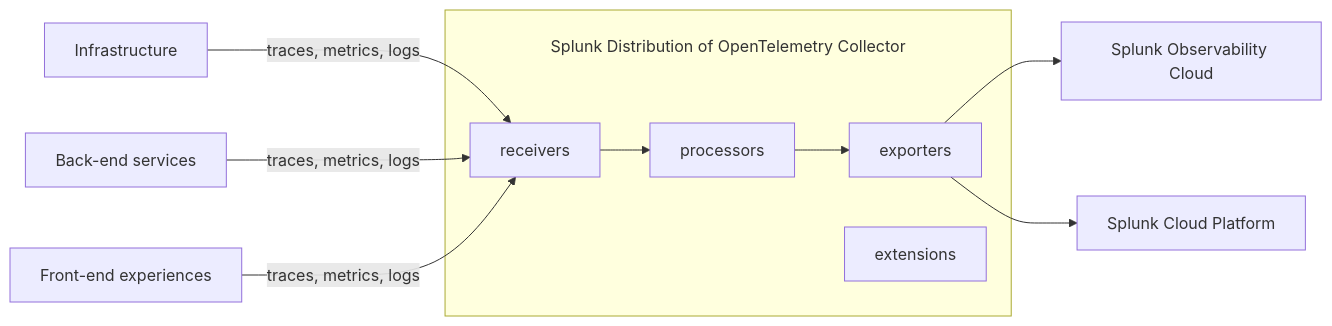
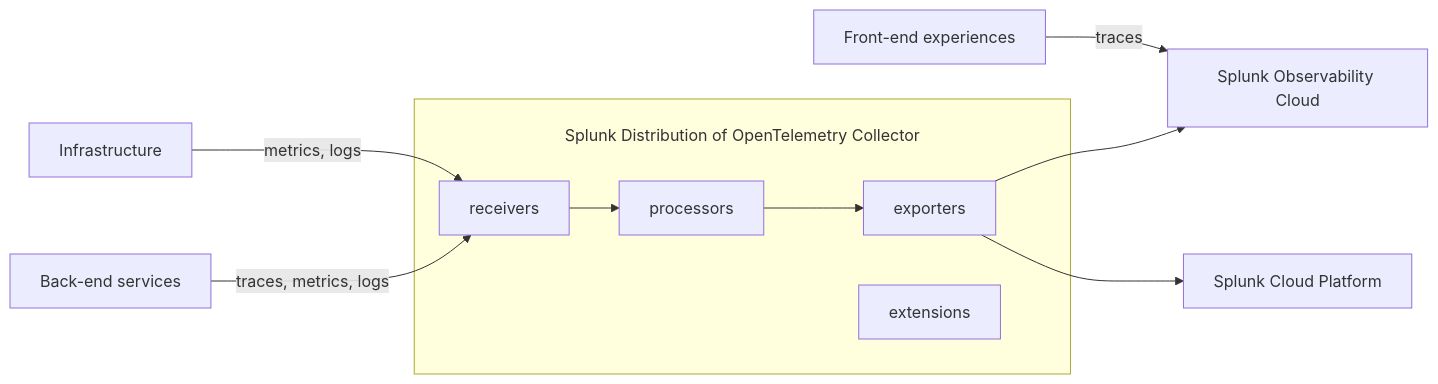
The diagram in gdi/opentelemetry/opentelemetry.rst (splunk/public-o11y-docs), drawn with Mermaid before and after one commit.

```diff
--- a/gdi/opentelemetry/opentelemetry.rst
+++ b/gdi/opentelemetry/opentelemetry.rst
@@ -37,19 +37,19 @@
 .. mermaid::
 
   flowchart LR
     subgraph "\nSplunk Distribution of OpenTelemetry Collector"
     receivers
     processors
     exporters
     extensions
     end
 
-    Infrastructure -- "traces, metrics, logs" --> receivers
+    Infrastructure -- "metrics, logs" --> receivers
     B[Back-end services] -- "traces, metrics, logs" --> receivers
-    C[Front-end experiences] -- "traces, metrics, logs" --> receivers
+    C[Front-end experiences] -- "traces" --> S[Splunk Observability Cloud]
 
     receivers --> processors
     processors --> exporters
 
     exporters --> S[Splunk Observability Cloud]
     exporters --> P[Splunk Cloud Platform]
```
